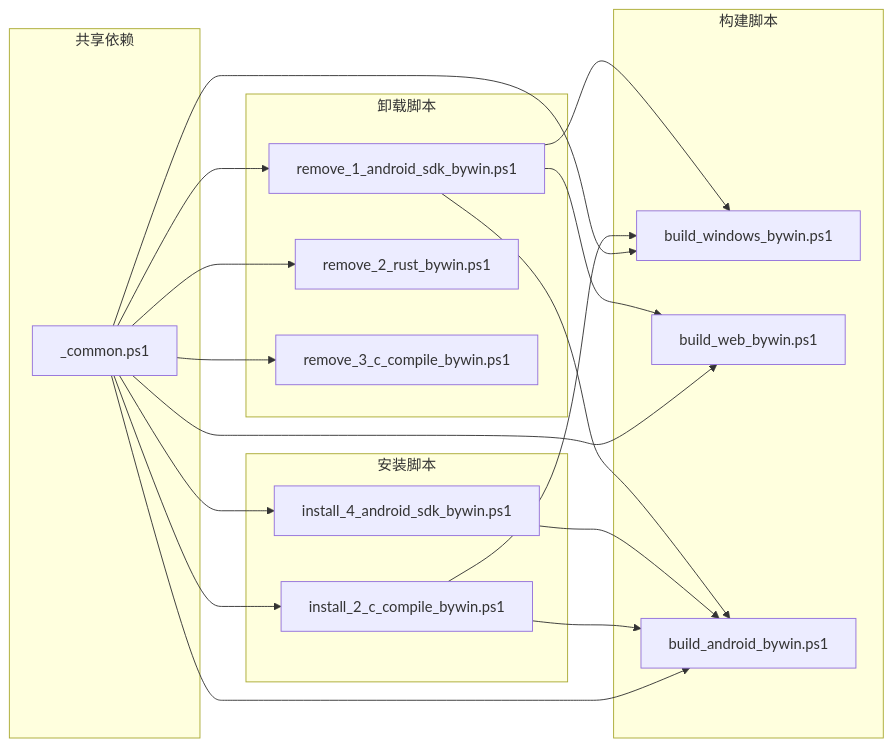
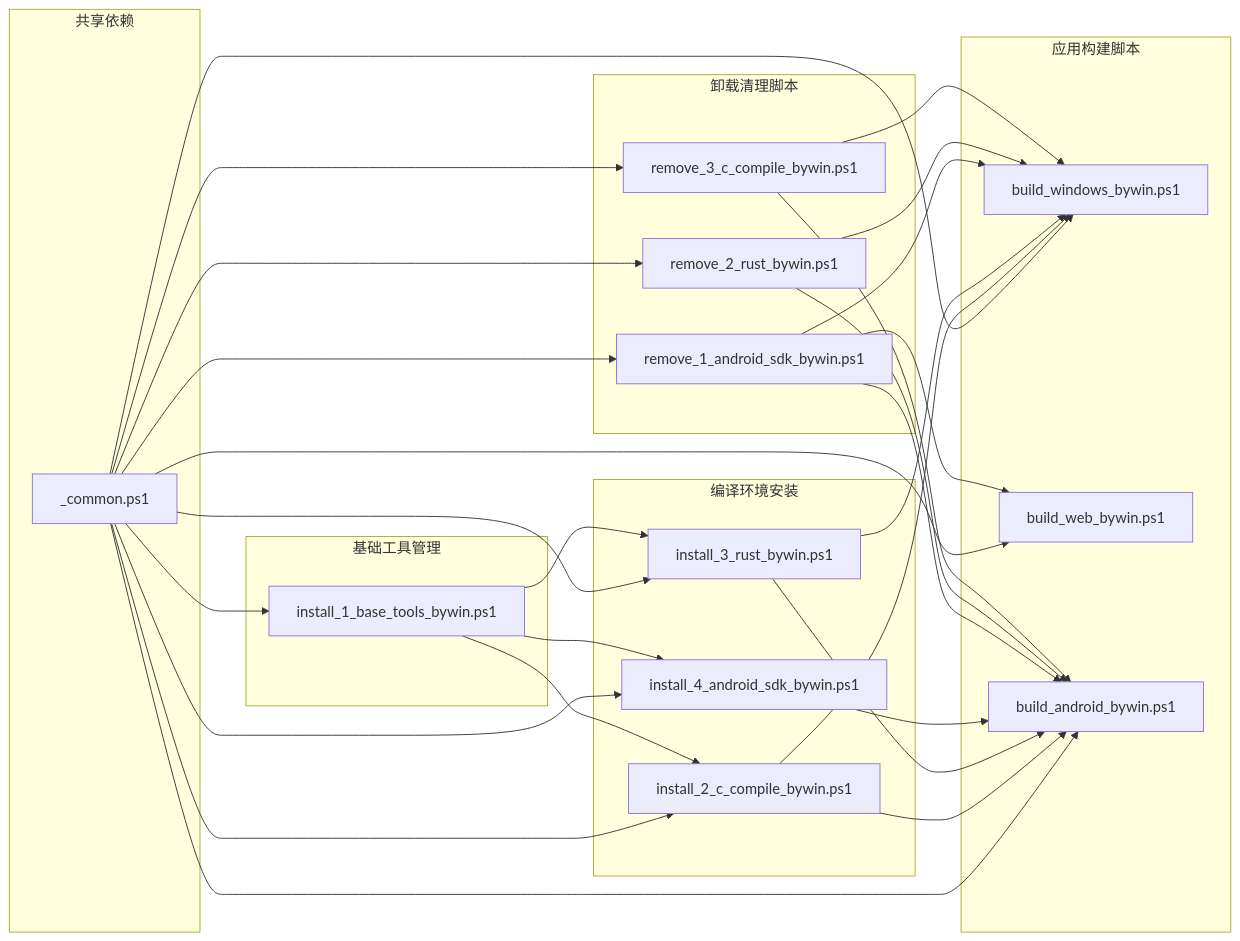
The seventh of 7 diagrams in .qoder/repowiki/zh/content/构建与部署/Windows PowerShell自动化.md (tea4go/Macro-Deck-Client-App), drawn with Mermaid before and after one commit. The commit also changed other lines of this file and 28 other files, not shown here.

````diff
--- a/.qoder/repowiki/zh/content/构建与部署/Windows PowerShell自动化.md
+++ b/.qoder/repowiki/zh/content/构建与部署/Windows PowerShell自动化.md
@@ -422,34 +504,49 @@
 ```mermaid
 graph LR
 subgraph "共享依赖"
 Common[_common.ps1]
 end
-subgraph "安装脚本"
+subgraph "基础工具管理"
+BaseTools[install_1_base_tools_bywin.ps1]
+end
+subgraph "编译环境安装"
 InstallC[install_2_c_compile_bywin.ps1]
+InstallRust[install_3_rust_bywin.ps1]
 InstallSDK[install_4_android_sdk_bywin.ps1]
 end
-subgraph "构建脚本"
+subgraph "应用构建脚本"
 BuildWin[build_windows_bywin.ps1]
 BuildWeb[build_web_bywin.ps1]
 BuildAndroid[build_android_bywin.ps1]
 end
-subgraph "卸载脚本"
+subgraph "卸载清理脚本"
 RemoveSDK[remove_1_android_sdk_bywin.ps1]
 RemoveRust[remove_2_rust_bywin.ps1]
 RemoveC[remove_3_c_compile_bywin.ps1]
 end
+Common --> BaseTools
 Common --> InstallC
+Common --> InstallRust
 Common --> InstallSDK
 Common --> BuildWin
 Common --> BuildWeb
 Common --> BuildAndroid
 Common --> RemoveSDK
 Common --> RemoveRust
 Common --> RemoveC
 InstallC --> BuildWin
 InstallC --> BuildAndroid
+InstallRust --> BuildWin
+InstallRust --> BuildAndroid
 InstallSDK --> BuildAndroid
 RemoveSDK --> BuildWin
 RemoveSDK --> BuildWeb
 RemoveSDK --> BuildAndroid
+RemoveRust --> BuildWin
+RemoveRust --> BuildAndroid
+RemoveC --> BuildWin
+RemoveC --> BuildAndroid
+BaseTools --> InstallC
+BaseTools --> InstallRust
+BaseTools --> InstallSDK
 ```
````
